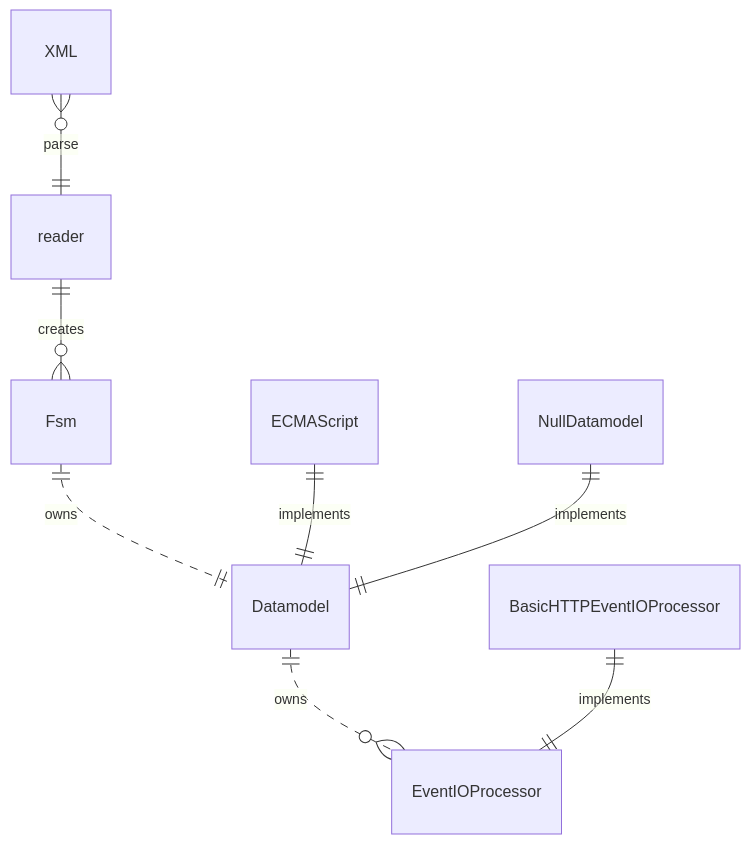
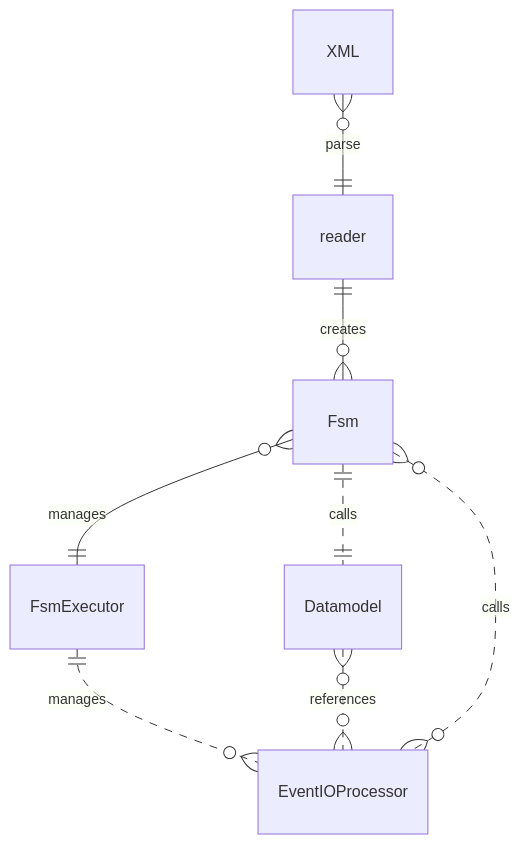
The first of 2 diagrams in README.md (BWeng20/rFSM), drawn with Mermaid before and after one commit. The commit also changed other lines of this file and 7 other files, not shown here.

````diff
--- a/README.md
+++ b/README.md
@@ -35,32 +47,27 @@
 ```mermaid
 erDiagram
     Fsm {
     }
 
-    reader {
+    FsmExecutor {
     }
-   
+
+    Fsm }o--|| FsmExecutor : manages
 
     Datamodel {
     }
     
     EventIOProcessor {
     }
 
-    BasicHTTPEventIOProcessor {
-    }
-
     XML }o--|| reader : parse
-    XML {
-    }
+    XML {  }
 
     reader ||--o{ Fsm : creates   
 
-    Fsm ||..|| Datamodel : owns
-    Datamodel ||..}o EventIOProcessor : owns
-    BasicHTTPEventIOProcessor ||--|| EventIOProcessor: implements
-    
-    ECMAScript ||--|| Datamodel : implements
-    NullDatamodel ||--|| Datamodel : implements
+    Fsm ||..|| Datamodel : calls
+    FsmExecutor ||..}o EventIOProcessor : manages
+    Datamodel o{..}o EventIOProcessor : references
+    Fsm o{..}o EventIOProcessor : calls
  
 ```
````
